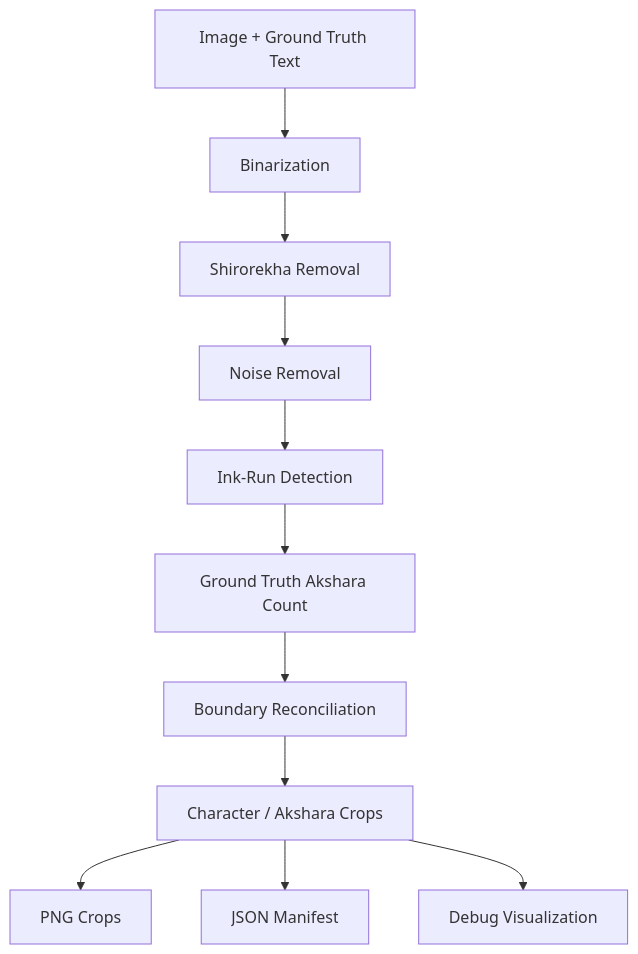
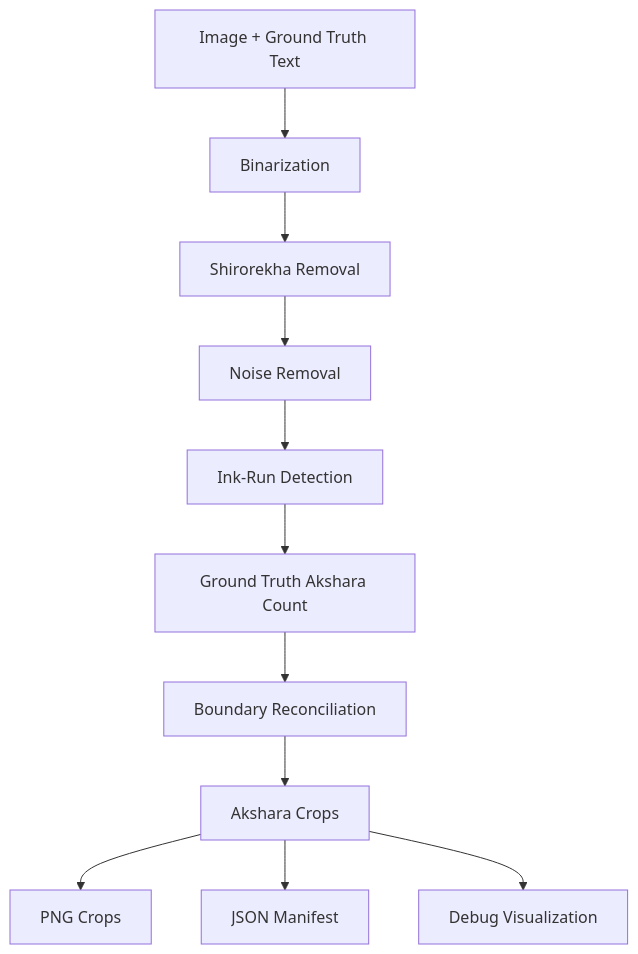
Before and after one commit to gendaphul/character-segmentation: the diagram in README.md, drawn with Mermaid. The commit also changed other lines of this file and 4 other files, not shown here.

````diff
--- a/README.md
+++ b/README.md
@@ -10,13 +76,13 @@
 ```mermaid
 flowchart TD
     A[Image + Ground Truth Text] --> B[Binarization]
     B --> C[Shirorekha Removal]
     C --> D[Noise Removal]
     D --> E[Ink-Run Detection]
     E --> F[Ground Truth Akshara Count]
     F --> G[Boundary Reconciliation]
-    G --> H[Character / Akshara Crops]
+    G --> H[Akshara Crops]
     H --> I[PNG Crops]
     H --> J[JSON Manifest]
     H --> K[Debug Visualization]
 ```
````
